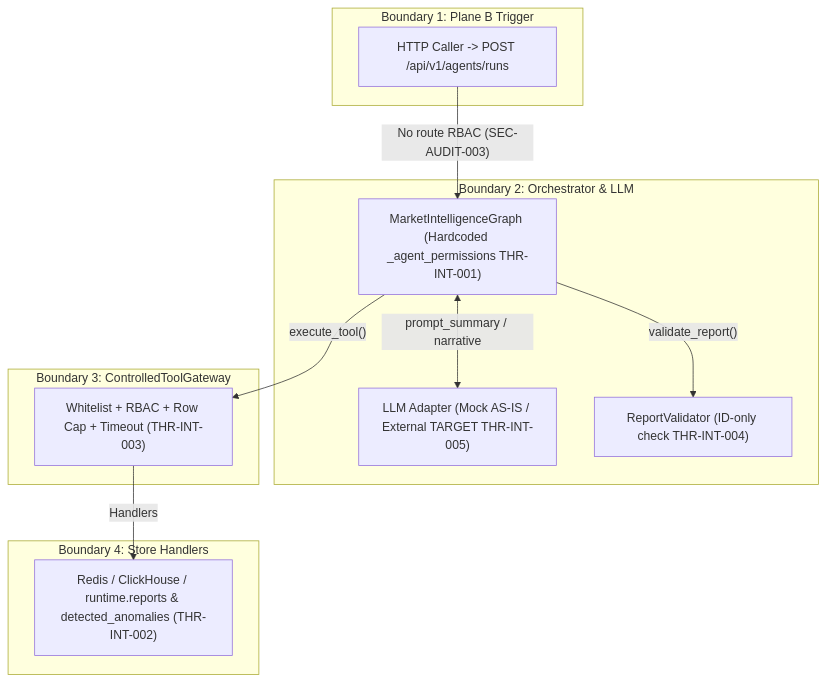
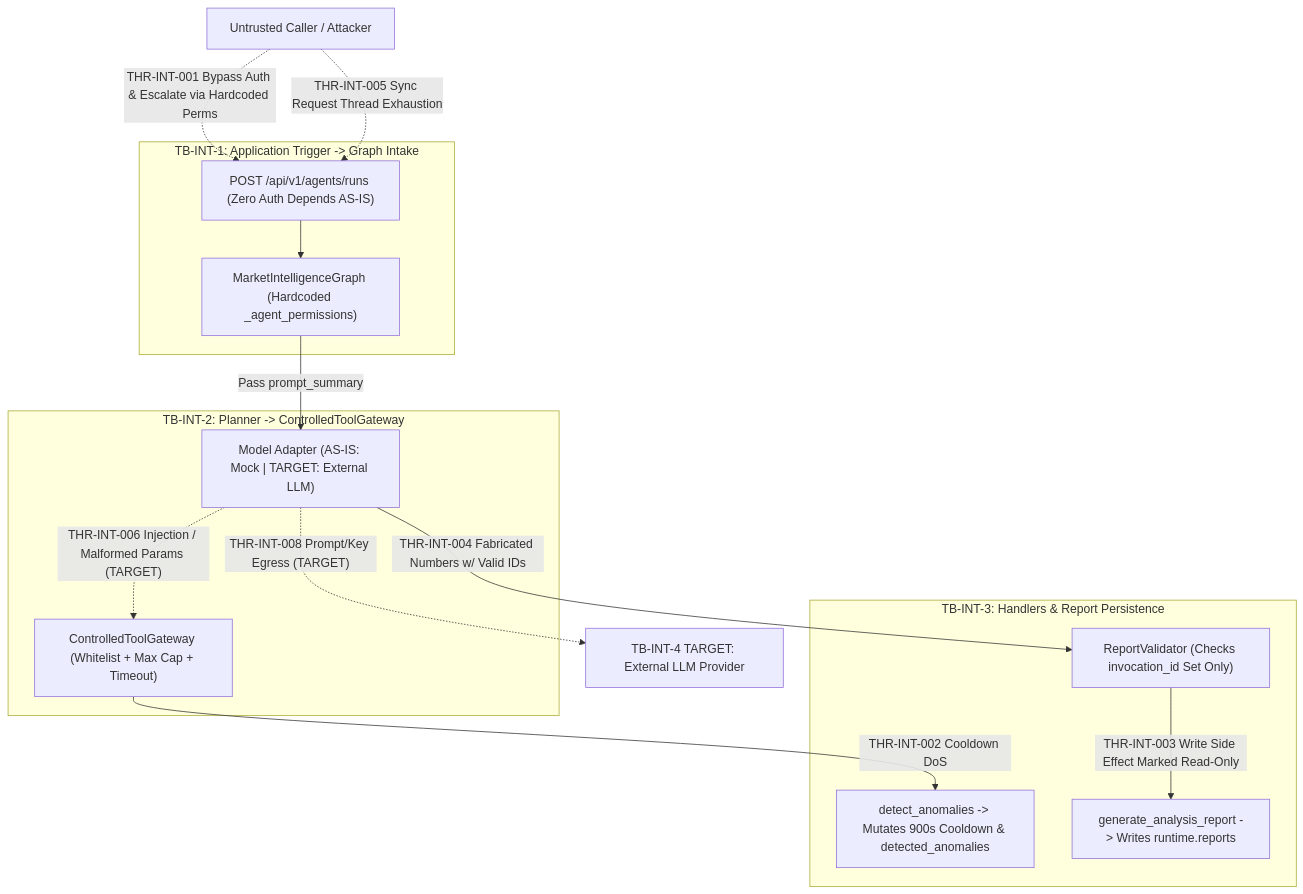
One commit to DungTran1201/FinancialMarketDataPlatform changed the diagram in docs/intelligence-plane/domains/agent-orchestration-and-tools/capabilities/market-intelligence-workflow-and-tool-gateway/security/threat-model-diagram.md. Above: the diagram before and after it, drawn with Mermaid. The commit also changed other lines of this file and 55 other files, not shown here.

Commit message:
docs: add comprehensive architecture, workflows, and specifications for intelligence plane

````diff
--- a/docs/intelligence-plane/domains/agent-orchestration-and-tools/capabilities/market-intelligence-workflow-and-tool-gateway/security/threat-model-diagram.md
+++ b/docs/intelligence-plane/domains/agent-orchestration-and-tools/capabilities/market-intelligence-workflow-and-tool-gateway/security/threat-model-diagram.md
@@ -41,26 +46,31 @@
 ```mermaid
 flowchart TB
-    subgraph B1["Boundary 1: Plane B Trigger"]
-        CALLER["HTTP Caller -> POST /api/v1/agents/runs"]
+    atk["Untrusted Caller / Attacker"]
+
+    subgraph tb1["TB-INT-1: Application Trigger -> Graph Intake"]
+        api_in["POST /api/v1/agents/runs (Zero Auth Depends AS-IS)"]
+        graph_in["MarketIntelligenceGraph (Hardcoded _agent_permissions)"]
     end
 
-    subgraph B2["Boundary 2: Orchestrator & LLM"]
-        GRAPH["MarketIntelligenceGraph (Hardcoded _agent_permissions THR-INT-001)"]
-        LLM["LLM Adapter (Mock AS-IS / External TARGET THR-INT-005)"]
-        VAL["ReportValidator (ID-only check THR-INT-004)"]
+    subgraph tb2["TB-INT-2: Planner -> ControlledToolGateway"]
+        planner["Model Adapter (AS-IS: Mock | TARGET: External LLM)"]
+        gw["ControlledToolGateway (Whitelist + Max Cap + Timeout)"]
     end
 
-    subgraph B3["Boundary 3: ControlledToolGateway"]
-        GW["Whitelist + RBAC + Row Cap + Timeout (THR-INT-003)"]
+    subgraph tb3["TB-INT-3: Handlers & Report Persistence"]
+        anom_mut["detect_anomalies -> Mutates 900s Cooldown & detected_anomalies"]
+        rep_val["ReportValidator (Checks invocation_id Set Only)"]
+        rep_mut["generate_analysis_report -> Writes runtime.reports"]
     end
 
-    subgraph B4["Boundary 4: Store Handlers"]
-        STORES["Redis / ClickHouse / runtime.reports & detected_anomalies (THR-INT-002)"]
-    end
+    ext_llm["TB-INT-4 TARGET: External LLM Provider"]
 
-    CALLER -->|"No route RBAC (SEC-AUDIT-003)"| GRAPH
-    GRAPH <-->|"prompt_summary / narrative"| LLM
-    GRAPH -->|"execute_tool()"| GW
-    GW -->|"Handlers"| STORES
-    GRAPH -->|"validate_report()"| VAL
+    atk -.->|"THR-INT-001 Bypass Auth & Escalate via Hardcoded Perms"| api_in --> graph_in
+    atk -.->|"THR-INT-005 Sync Request Thread Exhaustion"| api_in
+    graph_in -->|"Pass prompt_summary"| planner
+    planner -.->|"THR-INT-006 Injection / Malformed Params (TARGET)"| gw
+    planner -.->|"THR-INT-008 Prompt/Key Egress (TARGET)"| ext_llm
+    gw -->|"THR-INT-002 Cooldown DoS"| anom_mut
+    planner -->|"THR-INT-004 Fabricated Numbers w/ Valid IDs"| rep_val
+    rep_val -->|"THR-INT-003 Write Side Effect Marked Read-Only"| rep_mut
 ```
````
